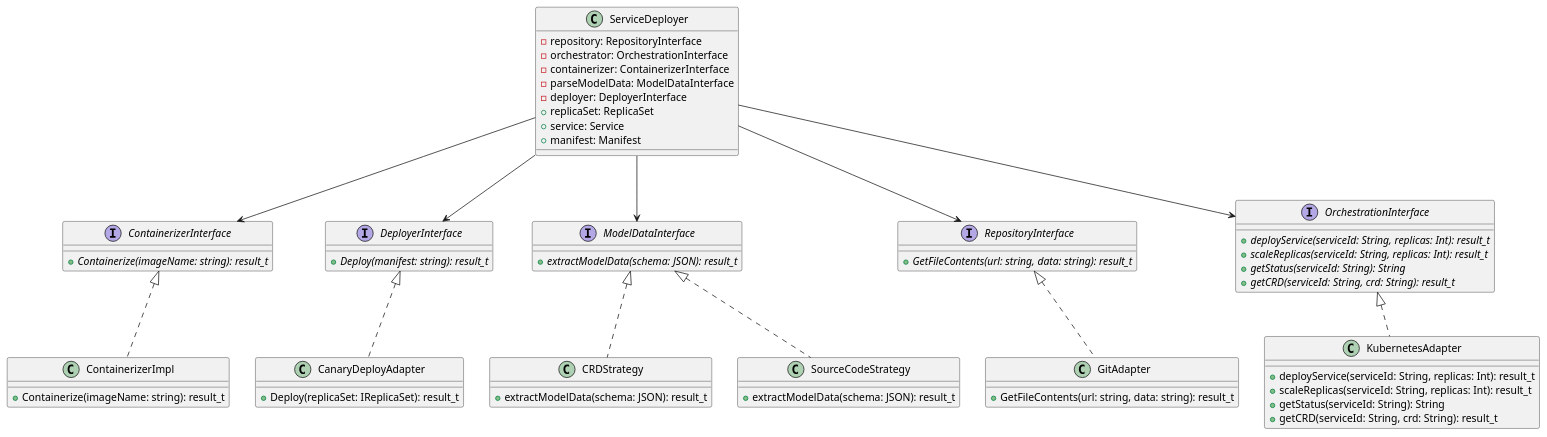
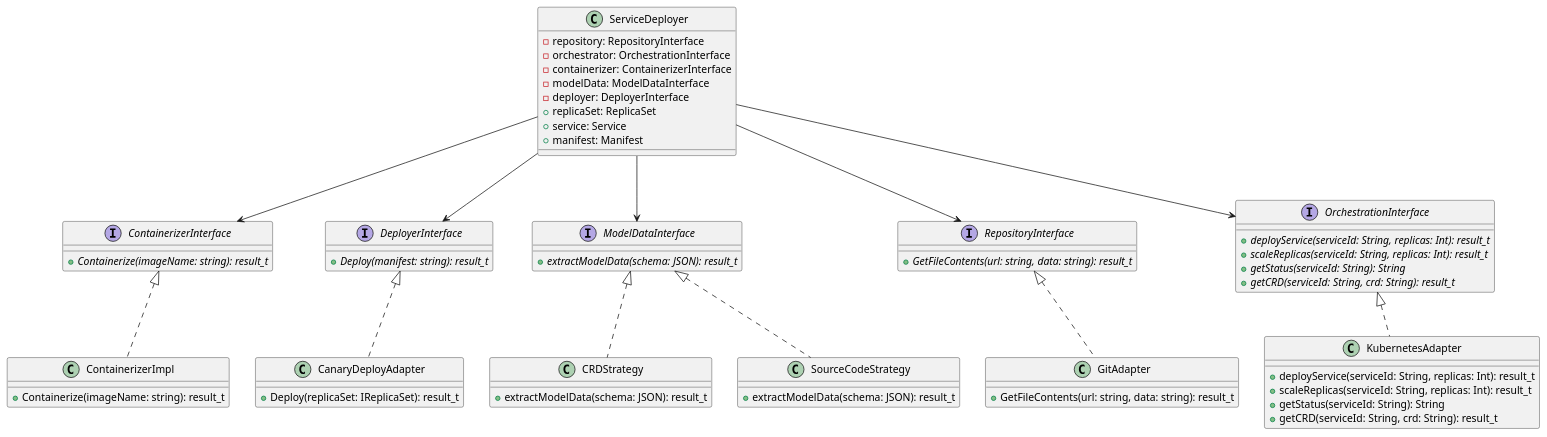
One commit to fanglores/Advanced-Software-Design changed the diagram in PracticeTasks/Module2/Task_12/ServiceDeployer.puml. Above: the diagram before and after it, drawn with PlantUML. The commit also changed other lines of this file and 4 other files, not shown here.

```diff
--- a/PracticeTasks/Module2/Task_12/ServiceDeployer.puml
+++ b/PracticeTasks/Module2/Task_12/ServiceDeployer.puml
@@ -1,68 +1,68 @@
 @startuml
 class ServiceDeployer {
   -repository: RepositoryInterface
   -orchestrator: OrchestrationInterface
   -containerizer: ContainerizerInterface
-  -parseModelData: ModelDataInterface
+  -modelData: ModelDataInterface
   -deployer: DeployerInterface
   +replicaSet: ReplicaSet
   +service: Service
   +manifest: Manifest
 }
 
 interface ContainerizerInterface {
   {abstract} +Containerize(imageName: string): result_t
 }
 
 class ContainerizerImpl implements ContainerizerInterface {
   +Containerize(imageName: string): result_t
 }
 
 interface DeployerInterface {
   {abstract} +Deploy(manifest: string): result_t
 }
 
 interface ModelDataInterface {
   {abstract} +extractModelData(schema: JSON): result_t
 }
 
 class CRDStrategy implements ModelDataInterface {
   +extractModelData(schema: JSON): result_t
 }
 
 class SourceCodeStrategy implements ModelDataInterface {
   +extractModelData(schema: JSON): result_t
 }
 
 interface RepositoryInterface {
   {abstract} +GetFileContents(url: string, data: string): result_t
 }
 
 class GitAdapter implements RepositoryInterface {
   +GetFileContents(url: string, data: string): result_t
 }
 
 interface OrchestrationInterface {
   {abstract} +deployService(serviceId: String, replicas: Int): result_t
   {abstract} +scaleReplicas(serviceId: String, replicas: Int): result_t
   {abstract} +getStatus(serviceId: String): String
   {abstract} +getCRD(serviceId: String, crd: String): result_t
 }
 
 class KubernetesAdapter implements OrchestrationInterface {
   +deployService(serviceId: String, replicas: Int): result_t
   +scaleReplicas(serviceId: String, replicas: Int): result_t
   +getStatus(serviceId: String): String
   +getCRD(serviceId: String, crd: String): result_t
 }
 
 class CanaryDeployAdapter implements DeployerInterface {
   +Deploy(replicaSet: IReplicaSet): result_t
 }
 
 ServiceDeployer --> ContainerizerInterface
 ServiceDeployer --> DeployerInterface
 ServiceDeployer --> RepositoryInterface
 ServiceDeployer --> ModelDataInterface
 ServiceDeployer --> OrchestrationInterface
 @enduml
```
